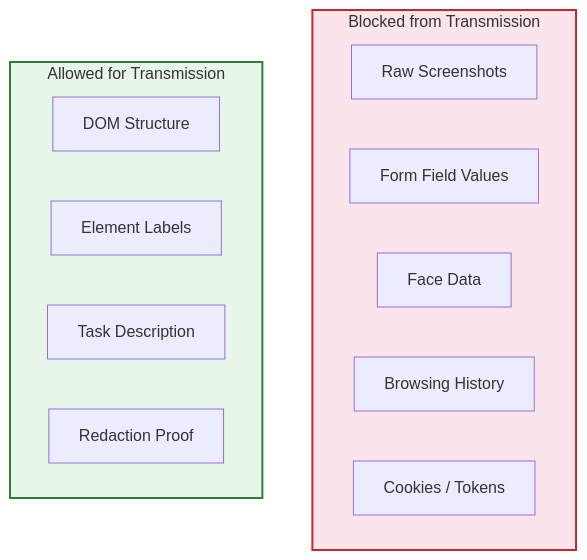
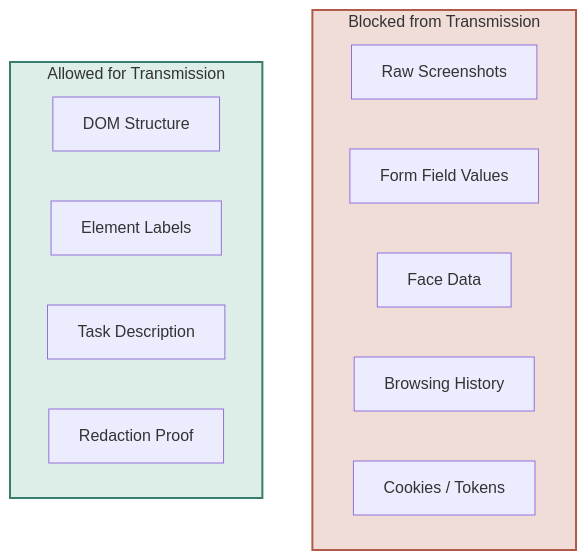
One commit to raidx545/super-agent changed the third of 3 diagrams in README.md. Above: the diagram before and after it, drawn with Mermaid. The commit also changed other lines of this file, not shown here.

First line of the commit message:
fix: improve mermaid diagram color contrast for better readability

````diff
--- a/README.md
+++ b/README.md
@@ -195,22 +195,22 @@
 ```mermaid
 flowchart TB
     subgraph Blocked["Blocked from Transmission"]
         direction LR
         SS["Raw Screenshots"]
         FV["Form Field Values"]
         FD["Face Data"]
         BH["Browsing History"]
         CK["Cookies / Tokens"]
     end
 
     subgraph Allowed["Allowed for Transmission"]
         direction LR
         DS["DOM Structure"]
         EL["Element Labels"]
         TD["Task Description"]
         RP["Redaction Proof"]
     end
 
-    style Blocked fill:#fce4ec,stroke:#c62828,stroke-width:2px
-    style Allowed fill:#e8f5e9,stroke:#2e7d32,stroke-width:2px
+    style Blocked fill:#f0ddd8,stroke:#b05a4a,stroke-width:2px
+    style Allowed fill:#dceee7,stroke:#3a7c6e,stroke-width:2px
 ```
````
